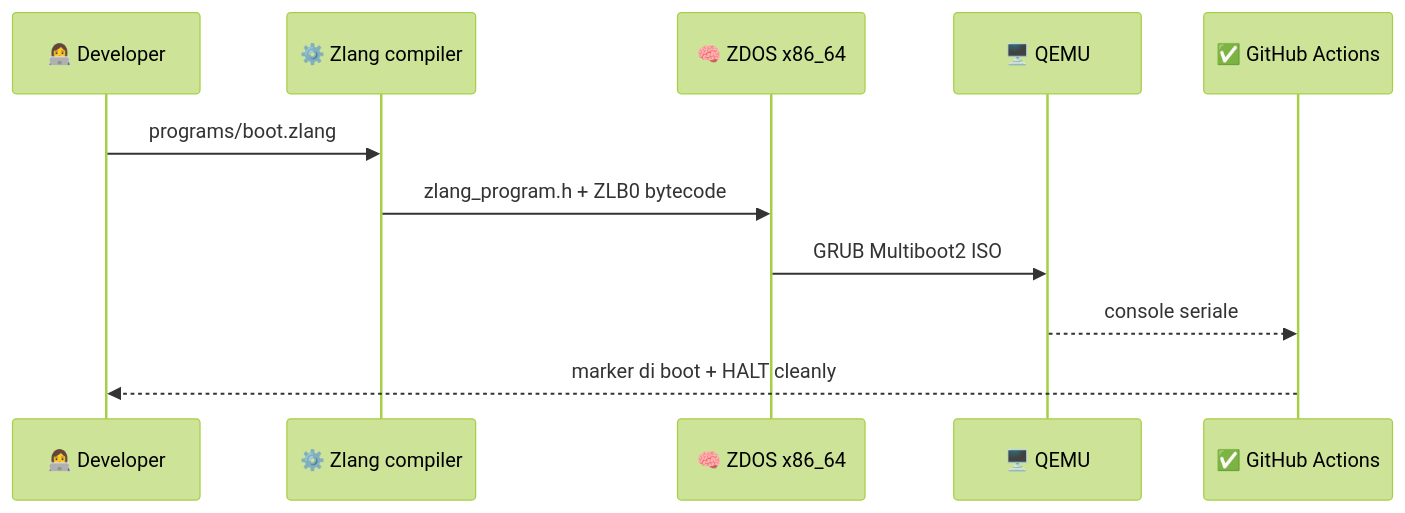
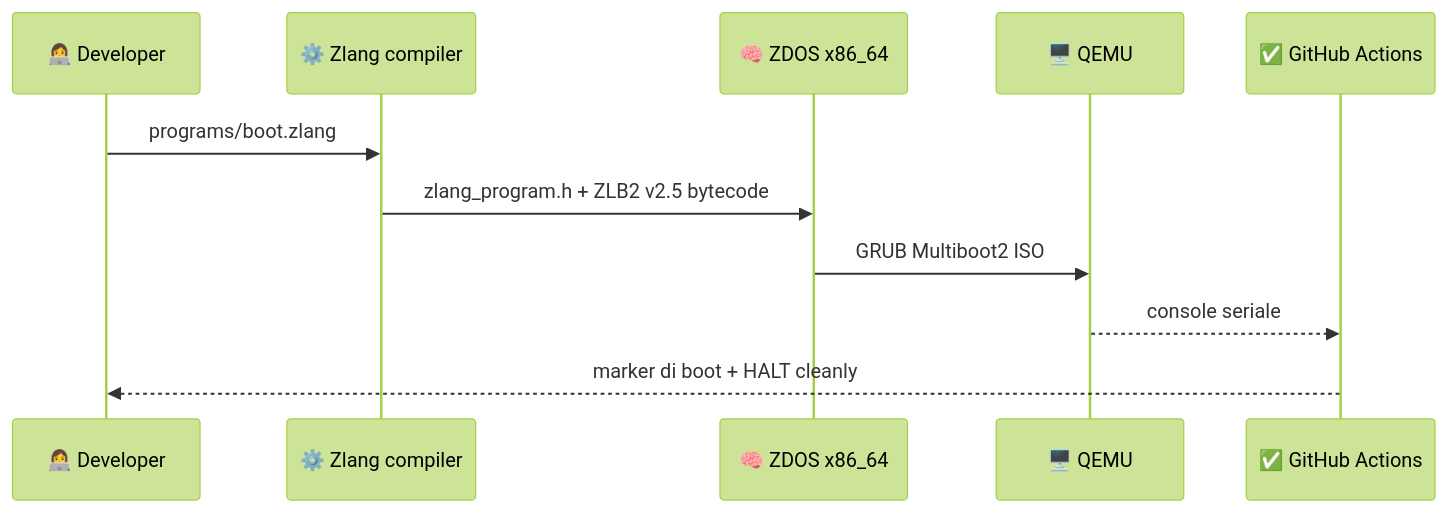
The diagram in docs/ECOSYSTEM.md (high-cde/ZDOS), drawn with Mermaid (forest theme) before and after one commit. The commit also changed other lines of this file and 15 other files, not shown here.

````diff
--- a/docs/ECOSYSTEM.md
+++ b/docs/ECOSYSTEM.md
@@ -17,14 +17,14 @@
 ```mermaid
 sequenceDiagram
     participant Dev as 👩‍💻 Developer
     participant ZLang as ⚙️ Zlang compiler
     participant OS as 🧠 ZDOS x86_64
     participant QEMU as 🖥️ QEMU
     participant CI as ✅ GitHub Actions
 
     Dev->>ZLang: programs/boot.zlang
-    ZLang->>OS: zlang_program.h + ZLB0 bytecode
+    ZLang->>OS: zlang_program.h + ZLB2 v2.5 bytecode
     OS->>QEMU: GRUB Multiboot2 ISO
     QEMU-->>CI: console seriale
     CI-->>Dev: marker di boot + HALT cleanly
 ```
````
